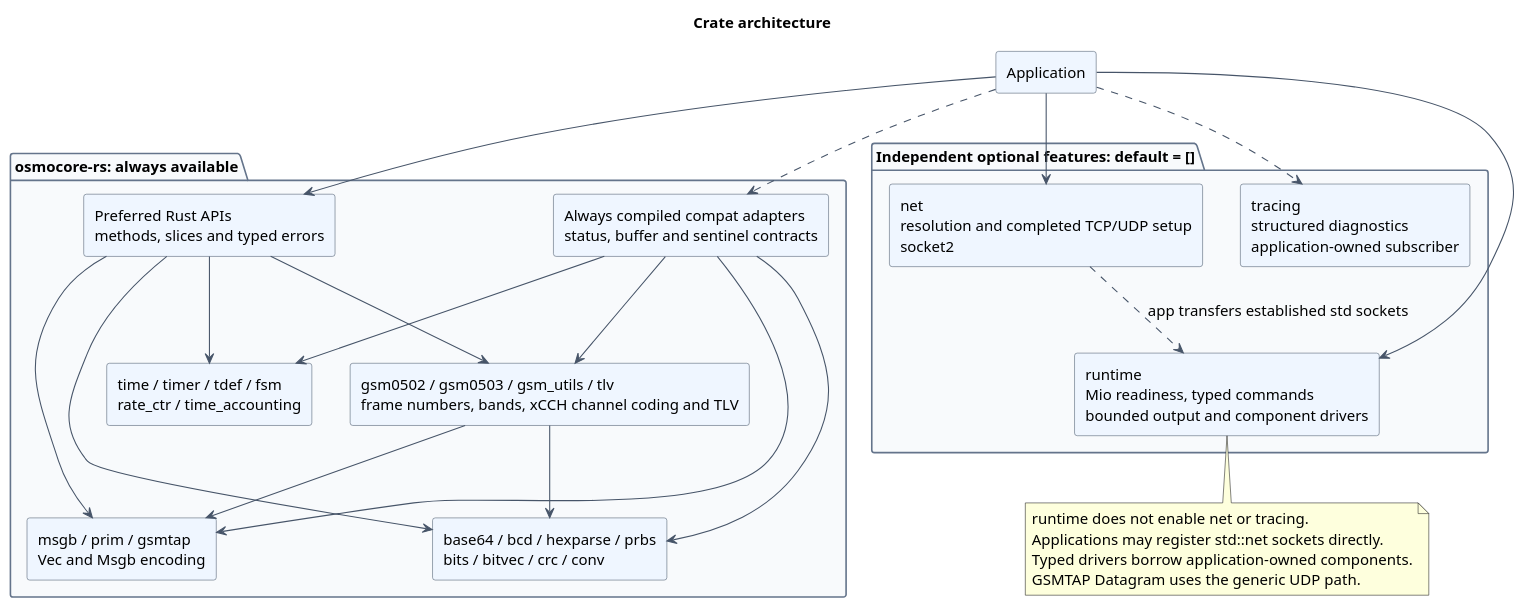
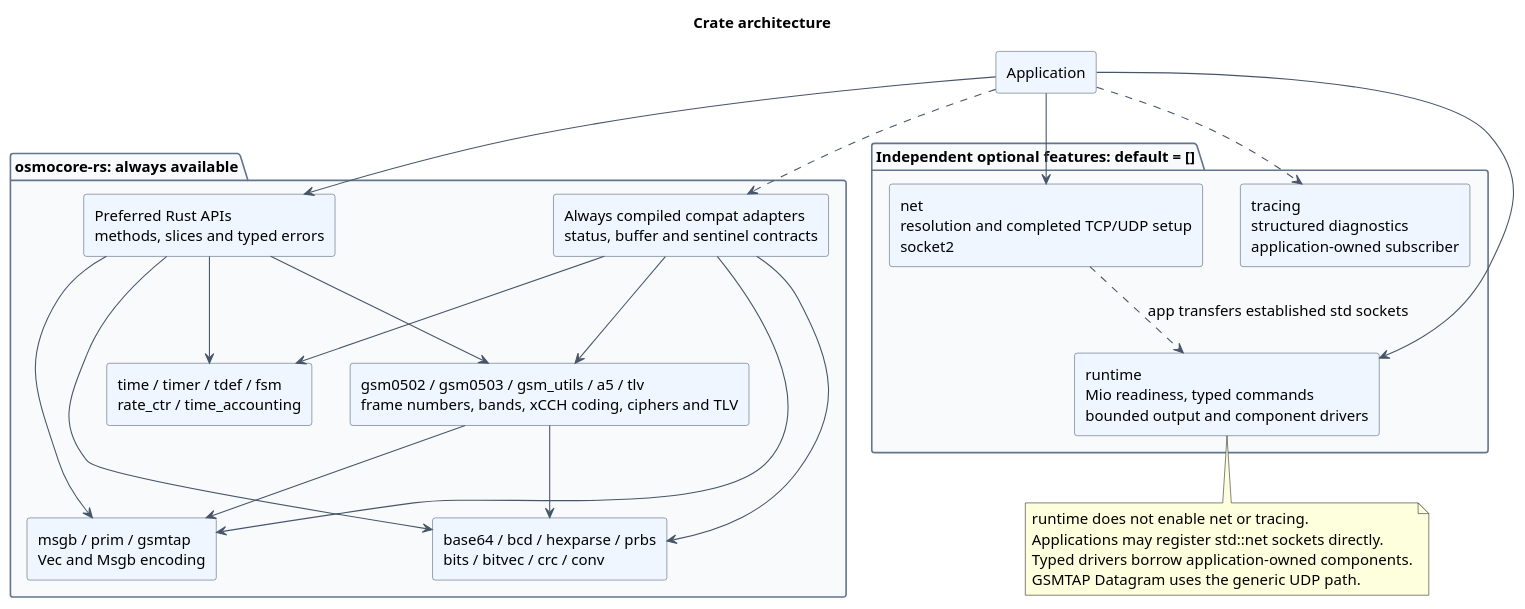
The diagram in docs/architecture/diagrams/src/crate-architecture.puml (Silent-Wolf-Labs/osmocore-rs), drawn with PlantUML before and after one commit. The commit also changed 9 other files, not shown here.

```diff
--- a/docs/architecture/diagrams/src/crate-architecture.puml
+++ b/docs/architecture/diagrams/src/crate-architecture.puml
@@ -1,50 +1,50 @@
 @startuml
 title Crate architecture
 skinparam backgroundColor white
 skinparam shadowing false
 skinparam componentStyle rectangle
 skinparam defaultFontName SansSerif
 skinparam defaultFontSize 14
 skinparam ArrowColor #475569
 skinparam componentBackgroundColor #EFF6FF
 skinparam componentBorderColor #475569
 skinparam packageBackgroundColor #F8FAFC
 skinparam packageBorderColor #64748B
 top to bottom direction
 component "Application" as app
 package "osmocore-rs: always available" {
 component "Preferred Rust APIs\nmethods, slices and typed errors" as preferred
 component "Always compiled compat adapters\nstatus, buffer and sentinel contracts" as compat
 component "base64 / bcd / hexparse / prbs\nbits / bitvec / crc / conv" as utilities
-component "gsm0502 / gsm0503 / gsm_utils / tlv\nframe numbers, bands, xCCH channel coding and TLV" as gsm
+component "gsm0502 / gsm0503 / gsm_utils / a5 / tlv\nframe numbers, bands, xCCH coding, ciphers and TLV" as gsm
 component "msgb / prim / gsmtap\nVec and Msgb encoding" as messages
 component "time / timer / tdef / fsm\nrate_ctr / time_accounting" as components
 }
 package "Independent optional features: default = []" {
 component "net\nresolution and completed TCP/UDP setup\nsocket2" as net
 component "runtime\nMio readiness, typed commands\nbounded output and component drivers" as runtime
 component "tracing\nstructured diagnostics\napplication-owned subscriber" as tracing
 }
 app --> preferred
 app ..> compat
 preferred --> utilities
 preferred --> gsm
 preferred --> messages
 preferred --> components
 compat --> utilities
 compat --> gsm
 compat --> messages
 compat --> components
 gsm --> utilities
 gsm --> messages
 app --> net
 app --> runtime
 app ..> tracing
 net ..> runtime : app transfers established std sockets
 note bottom of runtime
 runtime does not enable net or tracing.
 Applications may register std::net sockets directly.
 Typed drivers borrow application-owned components.
 GSMTAP Datagram uses the generic UDP path.
 end note
 @enduml
```
